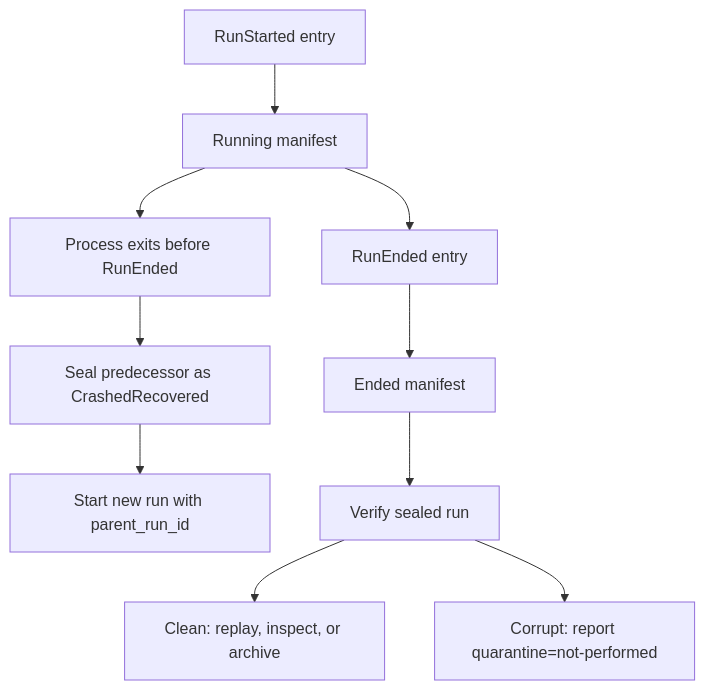
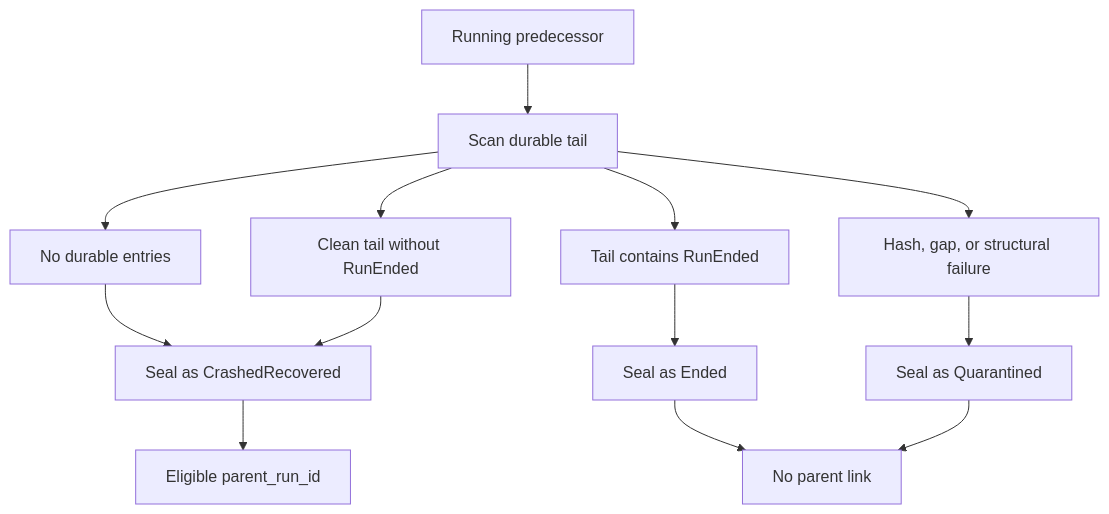
One commit to nautechsystems/nautilus_trader changed the fourth of 5 diagrams in docs/concepts/event_sourcing.md. Above: the diagram before and after it, drawn with Mermaid. The commit also changed other lines of this file and 5 other files, not shown here.

````diff
--- a/docs/concepts/event_sourcing.md
+++ b/docs/concepts/event_sourcing.md
@@ -158,12 +200,15 @@
 ```mermaid
 flowchart TD
-    Start["RunStarted entry"] --> Running["Running manifest"]
-    Running --> Graceful["RunEnded entry"]
-    Graceful --> Ended["Ended manifest"]
-    Running --> Crash["Process exits before RunEnded"]
-    Crash --> Recovered["Seal predecessor as CrashedRecovered"]
-    Recovered --> NextRun["Start new run with parent_run_id"]
-    Ended --> Verify["Verify sealed run"]
-    Verify --> Clean["Clean: replay, inspect, or archive"]
-    Verify --> Corrupt["Corrupt: report quarantine=not-performed"]
+    Predecessor["Running predecessor"] --> Scan["Scan durable tail"]
+    Scan --> Empty["No durable entries"]
+    Empty --> Recovered["Seal as CrashedRecovered"]
+    Scan --> TailEnded["Tail contains RunEnded"]
+    TailEnded --> Ended["Seal as Ended"]
+    Scan --> CleanTail["Clean tail without RunEnded"]
+    CleanTail --> Recovered
+    Scan --> BadTail["Hash, gap, or structural failure"]
+    BadTail --> Quarantined["Seal as Quarantined"]
+    Recovered --> Parent["Eligible parent_run_id"]
+    Ended --> NoParent["No parent link"]
+    Quarantined --> NoParent
 ```
````
